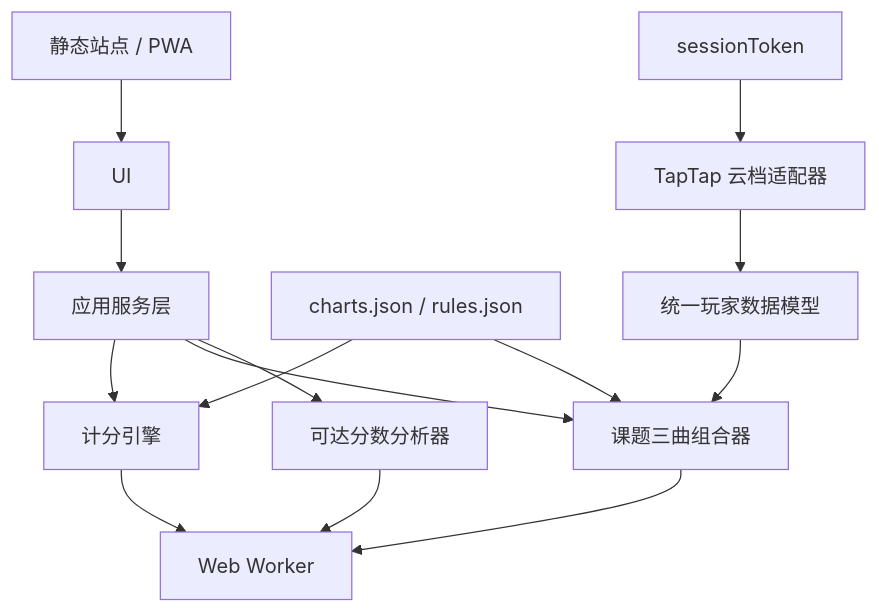
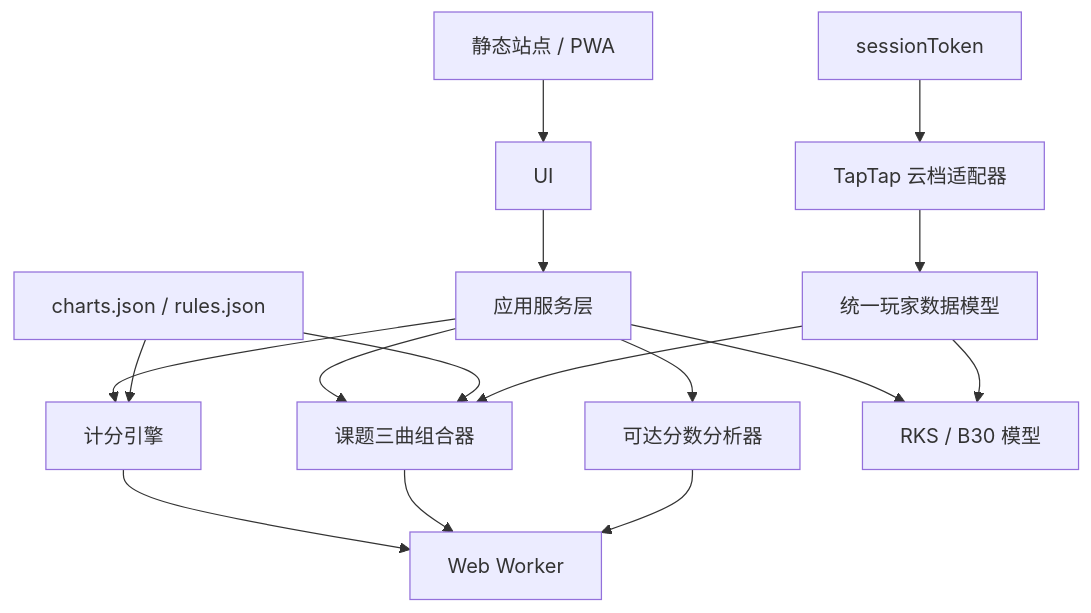
The diagram in docs/02-ARCHITECTURE.md (Stickerbug/PhiTarget), drawn with Mermaid before and after one commit. The commit also changed other lines of this file and 16 other files, not shown here.

````diff
--- a/docs/02-ARCHITECTURE.md
+++ b/docs/02-ARCHITECTURE.md
@@ -23,16 +23,18 @@
 ```mermaid
 flowchart TD
  A["静态站点 / PWA"] --> B["UI"]
  B --> C["应用服务层"]
  C --> D["计分引擎"]
  C --> E["课题三曲组合器"]
  C --> F["可达分数分析器"]
+ C --> K["RKS / B30 模型"]
  G["charts.json / rules.json"] --> D
  G --> E
  H["sessionToken"] --> I["TapTap 云档适配器"]
  I --> J["统一玩家数据模型"]
  J --> E
+ J --> K
  D --> L["Web Worker"]
  E --> L
  F --> L
 ```
````
